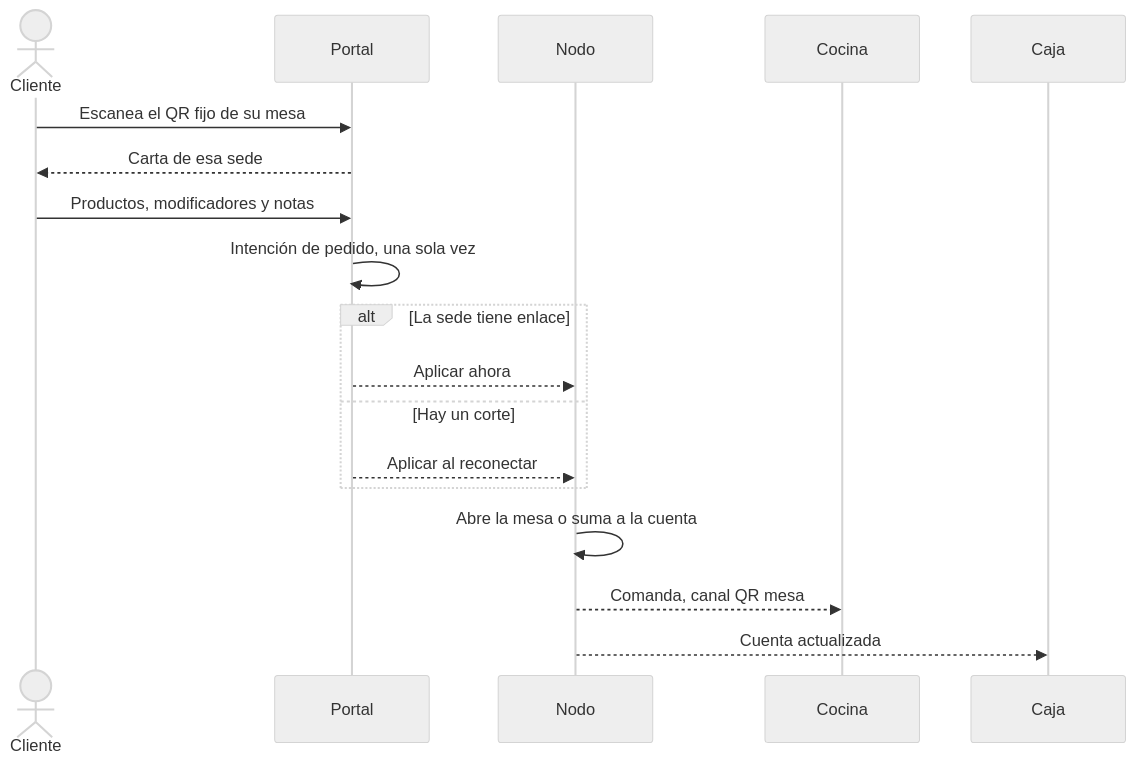
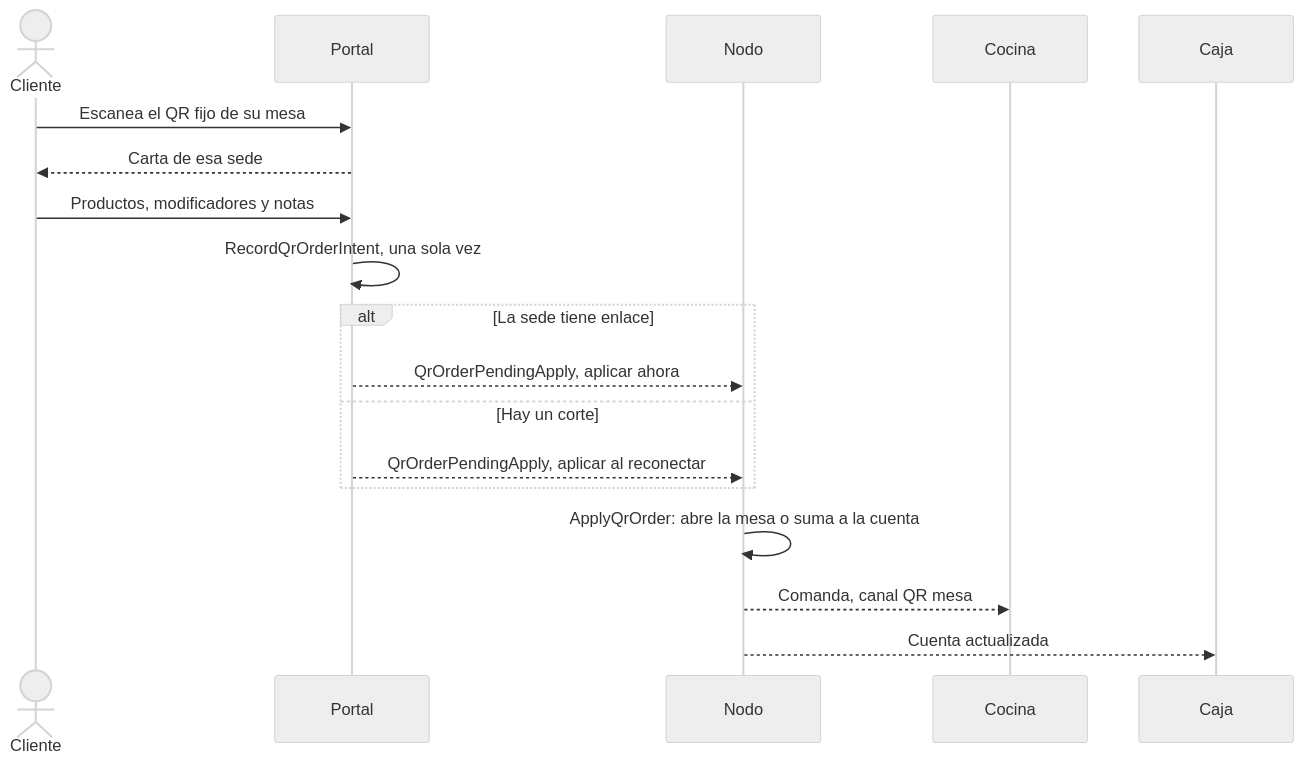
Before and after one commit to CesarJOtizM/blackHole: the second of 8 diagrams in docs/flujos/m1-pedidos-y-salon.md, drawn with Mermaid (neutral theme). The commit also changed other lines of this file and 159 other files, not shown here.

````diff
--- a/docs/flujos/m1-pedidos-y-salon.md
+++ b/docs/flujos/m1-pedidos-y-salon.md
@@ -53,21 +53,21 @@
 ```mermaid
 sequenceDiagram
   actor Cliente
   participant Portal as Portal
   participant Nodo
   participant Cocina as Cocina
   participant Caja
 
   Cliente->>Portal: Escanea el QR fijo de su mesa
   Portal-->>Cliente: Carta de esa sede
   Cliente->>Portal: Productos, modificadores y notas
-  Portal->>Portal: Intención de pedido, una sola vez
+  Portal->>Portal: RecordQrOrderIntent, una sola vez
   alt La sede tiene enlace
-    Portal-->>Nodo: Aplicar ahora
+    Portal-->>Nodo: QrOrderPendingApply, aplicar ahora
   else Hay un corte
-    Portal-->>Nodo: Aplicar al reconectar
+    Portal-->>Nodo: QrOrderPendingApply, aplicar al reconectar
   end
-  Nodo->>Nodo: Abre la mesa o suma a la cuenta
+  Nodo->>Nodo: ApplyQrOrder: abre la mesa o suma a la cuenta
   Nodo-->>Cocina: Comanda, canal QR mesa
   Nodo-->>Caja: Cuenta actualizada
 ```
````
